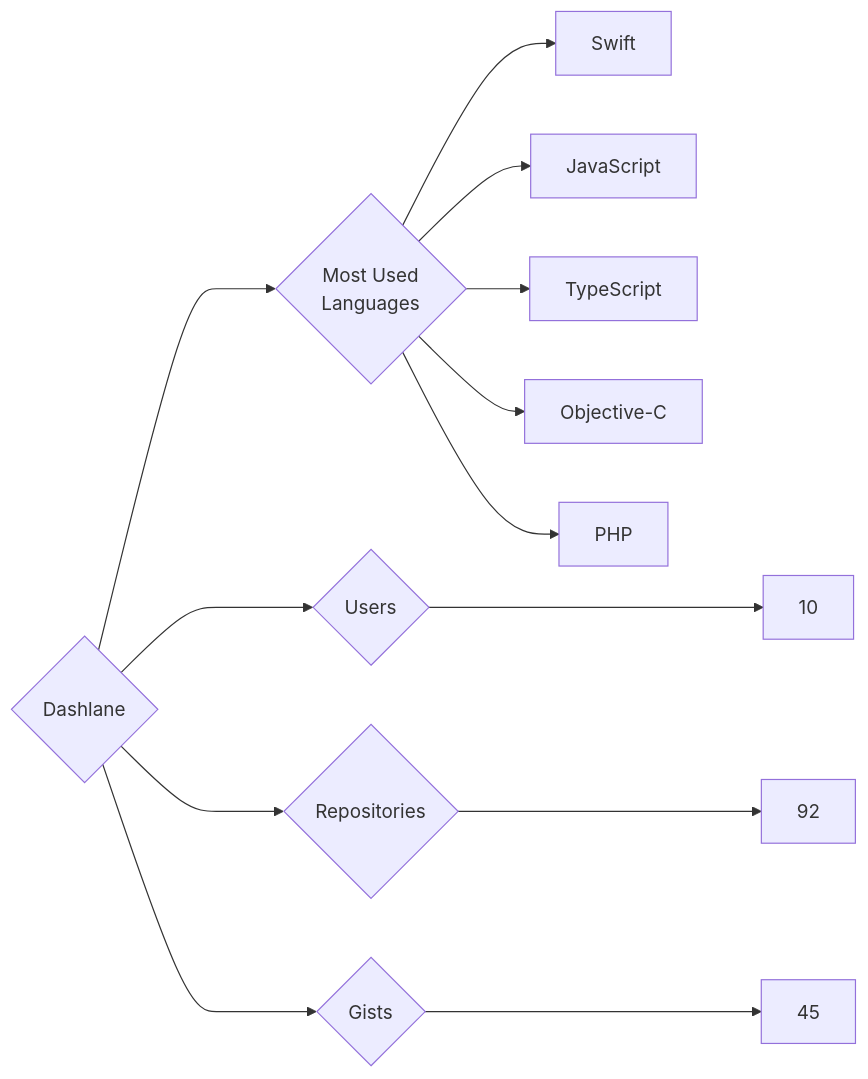
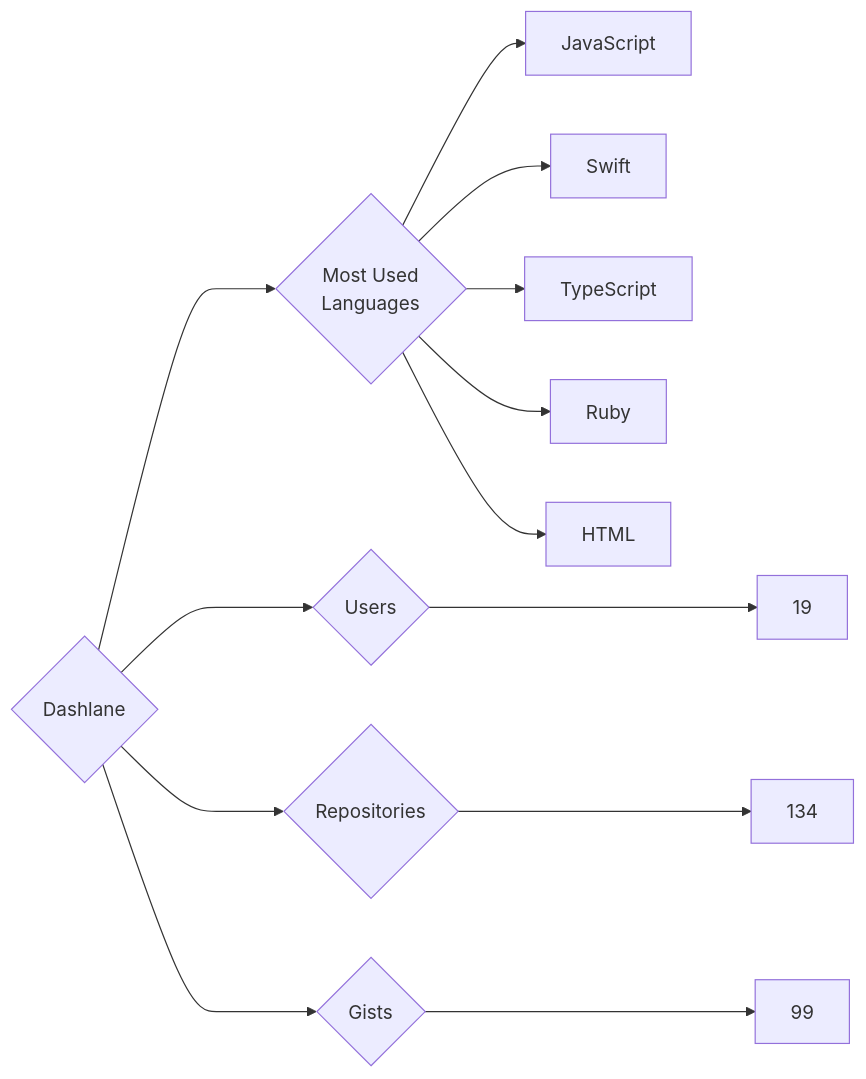
One commit to trickest/insiders changed the diagram in targets/Dashlane/README.md. Above: the diagram before and after it, drawn with Mermaid. The commit also changed 837 other files, not shown here.

````diff
--- a/targets/Dashlane/README.md
+++ b/targets/Dashlane/README.md
@@ -3,13 +3,13 @@
 ```mermaid
 graph LR
 COMPANY_NAME{Dashlane}
-COMPANY_NAME ---> U{Users} ---> UN[10]
-COMPANY_NAME ---> R{Repositories} ---> RN[92]
-COMPANY_NAME ---> G{Gists} ---> GN[45]
+COMPANY_NAME ---> U{Users} ---> UN[19]
+COMPANY_NAME ---> R{Repositories} ---> RN[134]
+COMPANY_NAME ---> G{Gists} ---> GN[99]
 COMPANY_NAME ---> ML{Most Used<br>Languages}
+ML --> JavaScript[JavaScript]
 ML --> Swift[Swift]
-ML --> JavaScript[JavaScript]
 ML --> TypeScript[TypeScript]
-ML --> Objective-C[Objective-C]
-ML --> PHP[PHP]
+ML --> Ruby[Ruby]
+ML --> HTML[HTML]
 ```
````
